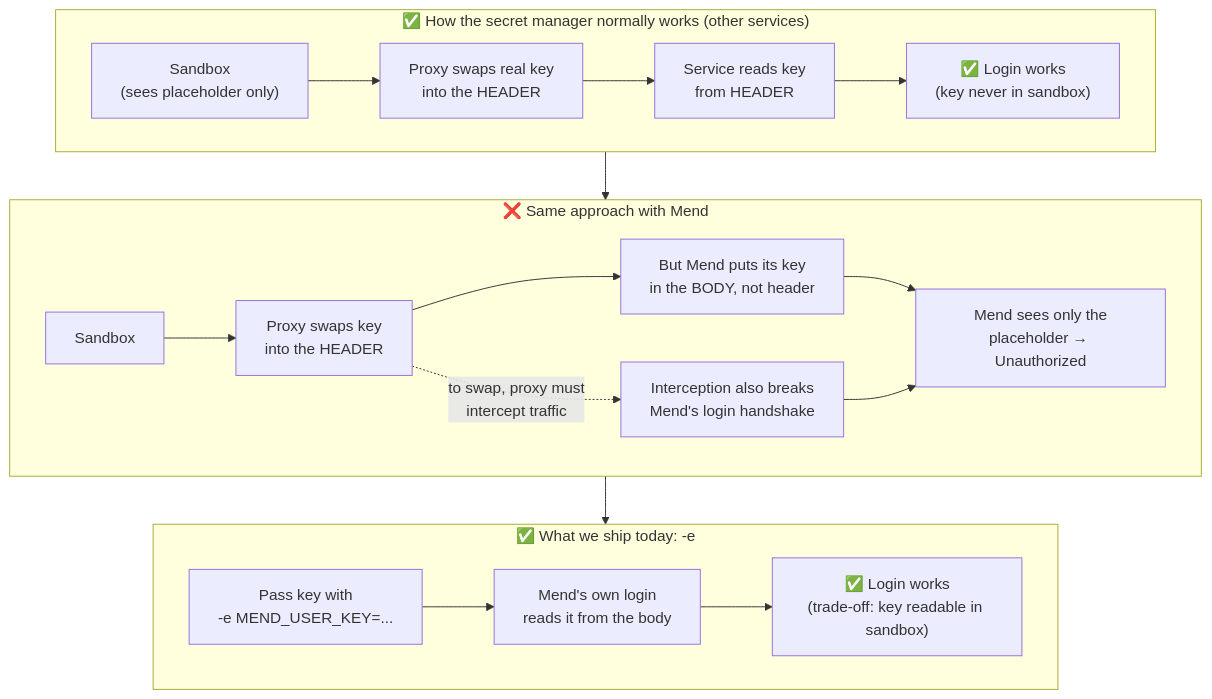
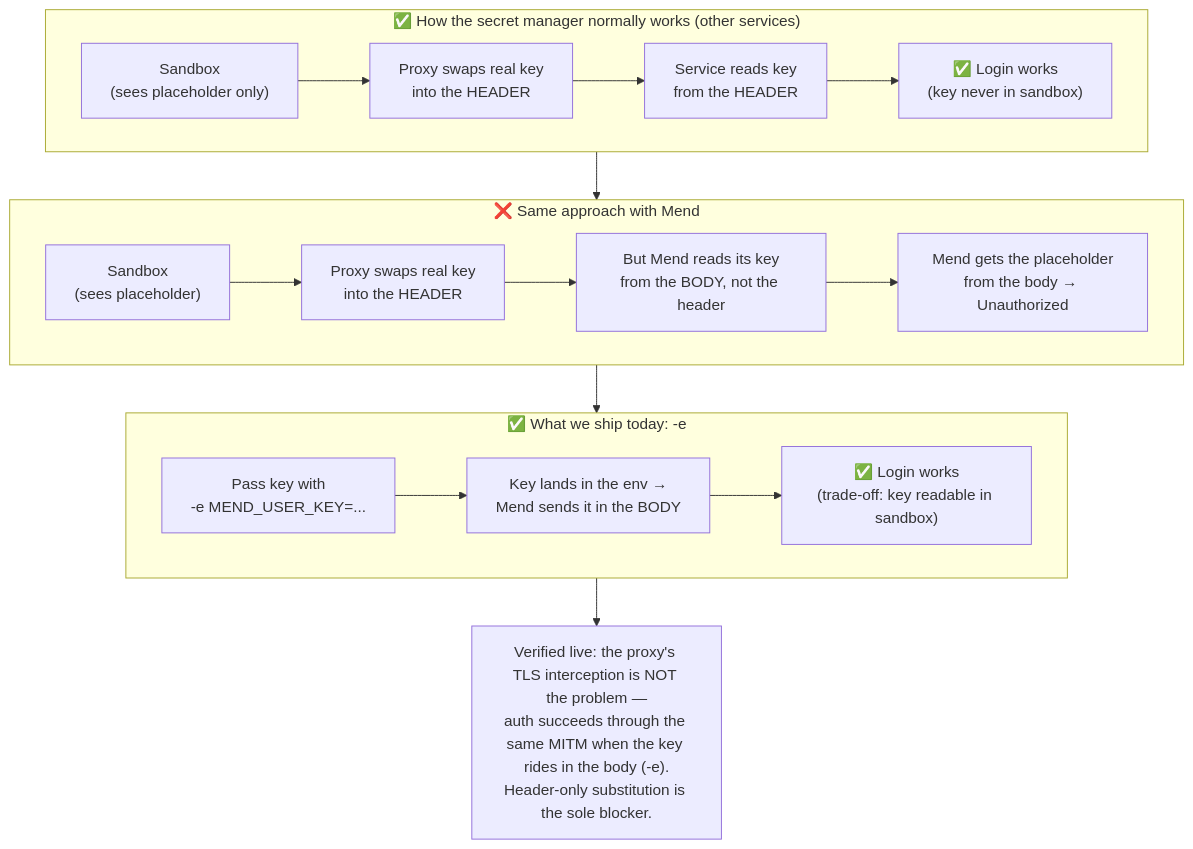
The diagram in mend-ai-security/assets/credential-flow.mmd (ajeetraina/sbx-kits-mend), drawn with Mermaid before and after one commit. The commit also changed 2 other files, not shown here.

Commit message:
docs: correct credential findings with live test results
Live testing (sbx v0.48.0, mend v26.9.2-hf1, Mend Service User) disproved the
earlier claim that the proxy's TLS interception breaks Mend's login. The mend CLI
trusts the Docker Sandboxes proxy CA and authenticates through the MITM; the sole
blocker is that secret substitution is header-only while Mend reads its key from
the request body. Add the verified test matrix and an appendix proposing a
body-aware substitution feature request for sbx. Regenerate the flow diagram to
match.

```diff
--- a/mend-ai-security/assets/credential-flow.mmd
+++ b/mend-ai-security/assets/credential-flow.mmd
@@ -1,23 +1,26 @@
-%% Mend credentials in the sandbox: why -e, not the secret manager
+%% Mend credentials in the sandbox: why -e, not the secret manager (verified live)
 %% Rendered to credential-flow.svg. Edit here, then re-render.
 flowchart TB
     subgraph A["✅ How the secret manager normally works (other services)"]
         direction LR
         a1["Sandbox<br/>(sees placeholder only)"] --> a2["Proxy swaps real key<br/>into the HEADER"]
-        a2 --> a3["Service reads key<br/>from HEADER"]
+        a2 --> a3["Service reads key<br/>from the HEADER"]
         a3 --> a4["✅ Login works<br/>(key never in sandbox)"]
     end
+
     subgraph B["❌ Same approach with Mend"]
         direction LR
-        b1["Sandbox"] --> b2["Proxy swaps key<br/>into the HEADER"]
-        b2 --> b3["But Mend puts its key<br/>in the BODY, not header"]
-        b3 --> b4["Mend sees only the<br/>placeholder → Unauthorized"]
-        b2 -.->|"to swap, proxy must<br/>intercept traffic"| b5["Interception also breaks<br/>Mend's login handshake"]
-        b5 --> b4
+        b1["Sandbox<br/>(sees placeholder)"] --> b2["Proxy swaps real key<br/>into the HEADER"]
+        b2 --> b3["But Mend reads its key<br/>from the BODY, not the header"]
+        b3 --> b4["Mend gets the placeholder<br/>from the body → Unauthorized"]
     end
+
     subgraph C["✅ What we ship today: -e"]
         direction LR
-        c1["Pass key with<br/>-e MEND_USER_KEY=..."] --> c2["Mend's own login<br/>reads it from the body"]
+        c1["Pass key with<br/>-e MEND_USER_KEY=..."] --> c2["Key lands in the env →<br/>Mend sends it in the BODY"]
         c2 --> c3["✅ Login works<br/>(trade-off: key readable in sandbox)"]
     end
-    A --> B --> C
+
+    note["Verified live: the proxy's TLS interception is NOT the problem —<br/>auth succeeds through the same MITM when the key rides in the body (-e).<br/>Header-only substitution is the sole blocker."]
+
+    A --> B --> C --> note
```
